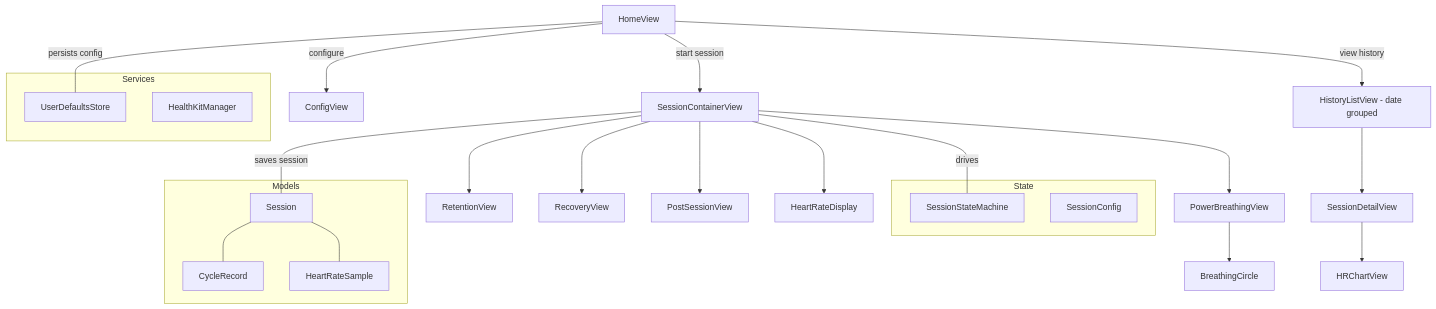
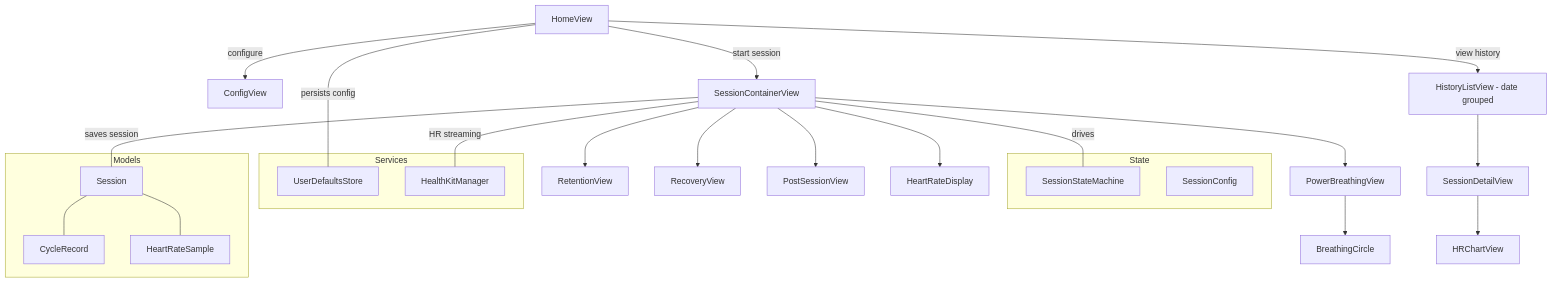
The first of 6 diagrams in README.md (pedro-esteves-pinto/WHAT), drawn with Mermaid before and after one commit. The commit also changed other lines of this file and 5 other files, not shown here.

````diff
--- a/README.md
+++ b/README.md
@@ -14,39 +14,40 @@
 ```mermaid
 graph TD
     A[HomeView] -->|configure| B[ConfigView]
     A -->|start session| C[SessionContainerView]
     A -->|view history| D[HistoryListView - date grouped]
 
     C --> E[PowerBreathingView]
     C --> F[RetentionView]
     C --> G[RecoveryView]
     C --> H[PostSessionView]
 
     E --> I[BreathingCircle]
     C --> J[HeartRateDisplay]
 
     D --> K[SessionDetailView]
     K --> L[HRChartView]
 
     subgraph State
         M[SessionStateMachine]
         N[SessionConfig]
     end
 
     subgraph Services
         O[UserDefaultsStore]
         P[HealthKitManager]
     end
 
     subgraph Models
         Q[Session]
         R[CycleRecord]
         S[HeartRateSample]
     end
 
     C ---|drives| M
+    C ---|HR streaming| P
     A ---|persists config| O
     C ---|saves session| Q
     Q --- R
     Q --- S
 ```
````
